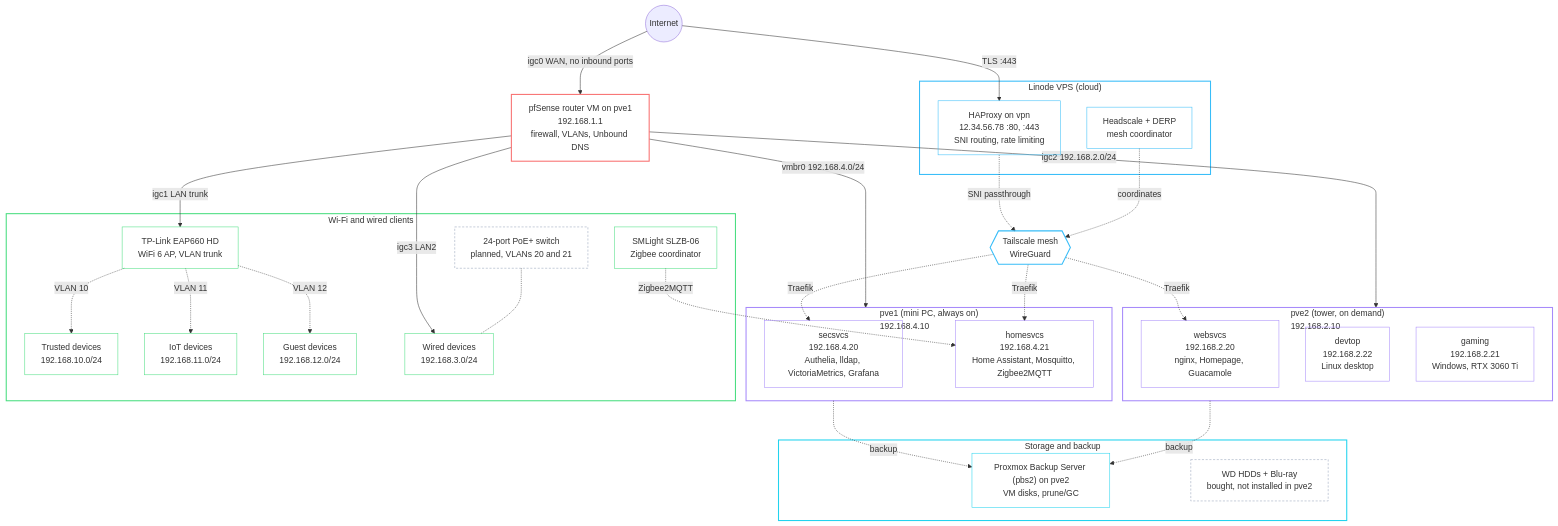
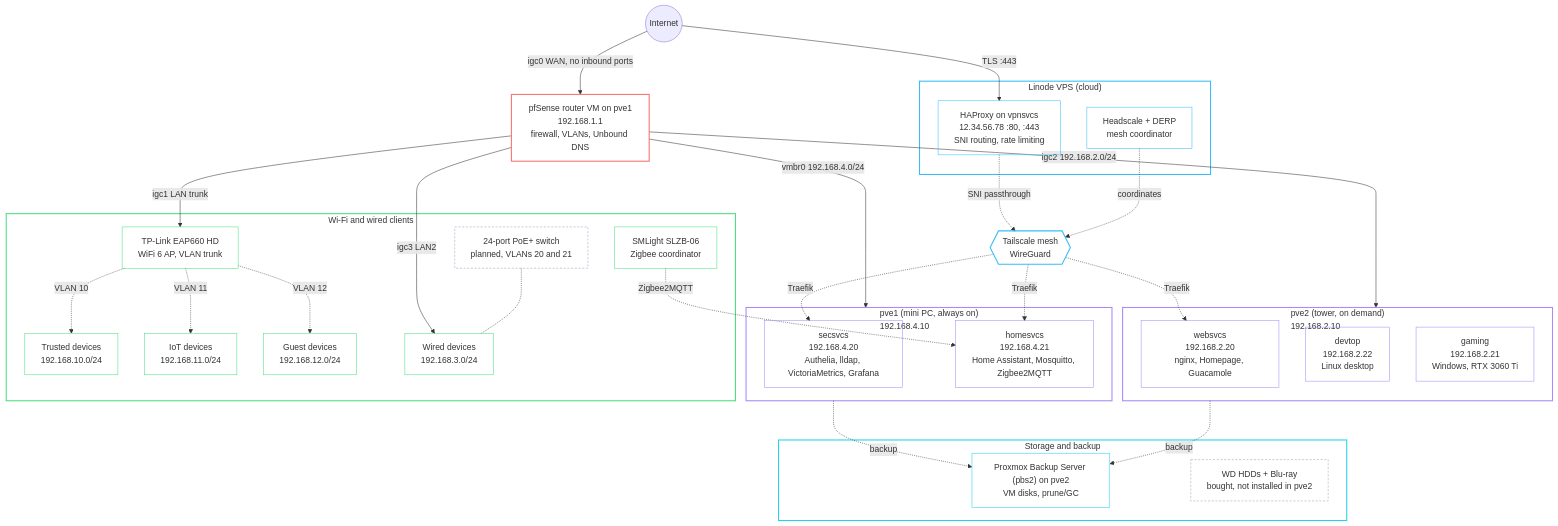
Before and after one commit to babraham123/homelab: the diagram in docs/architecture.md, drawn with Mermaid. The commit also changed other lines of this file and 53 other files, not shown here.

First line of the commit message:
restructure/08: rename the vpn node to vpnsvcs

````diff
--- a/docs/architecture.md
+++ b/docs/architecture.md
@@ -20,75 +20,75 @@
 ```mermaid
 flowchart TB
     inet(("Internet"))
 
     subgraph cloud["Linode VPS (cloud)"]
-        haproxy["HAProxy on vpn<br/>12.34.56.78 :80, :443<br/>SNI routing, rate limiting"]
+        haproxy["HAProxy on vpnsvcs<br/>12.34.56.78 :80, :443<br/>SNI routing, rate limiting"]
         headscale["Headscale + DERP<br/>mesh coordinator"]
     end
 
     fw["pfSense router VM on pve1<br/>192.168.1.1<br/>firewall, VLANs, Unbound DNS"]
     mesh{{"Tailscale mesh<br/>WireGuard"}}
 
     subgraph pve1["pve1 (mini PC, always on)<br/>192.168.4.10"]
         secsvcs["secsvcs<br/>192.168.4.20<br/>Authelia, lldap, VictoriaMetrics, Grafana"]
         homesvcs["homesvcs<br/>192.168.4.21<br/>Home Assistant, Mosquitto, Zigbee2MQTT"]
     end
 
     subgraph pve2["pve2 (tower, on demand)<br/>192.168.2.10"]
         websvcs["websvcs<br/>192.168.2.20<br/>nginx, Homepage, Guacamole"]
         devtop["devtop<br/>192.168.2.22<br/>Linux desktop"]
         gaming["gaming<br/>192.168.2.21<br/>Windows, RTX 3060 Ti"]
     end
 
     subgraph clients["Wi-Fi and wired clients"]
         ap["TP-Link EAP660 HD<br/>WiFi 6 AP, VLAN trunk"]
         trusted["Trusted devices<br/>192.168.10.0/24"]
         iot["IoT devices<br/>192.168.11.0/24"]
         guest["Guest devices<br/>192.168.12.0/24"]
         zigbee["SMLight SLZB-06<br/>Zigbee coordinator"]
         wdev["Wired devices<br/>192.168.3.0/24"]
         sw["24-port PoE+ switch<br/>planned, VLANs 20 and 21"]
     end
 
     subgraph store["Storage and backup"]
         pbs2["Proxmox Backup Server (pbs2) on pve2<br/>VM disks, prune/GC"]
         hdds["WD HDDs + Blu-ray<br/>bought, not installed in pve2"]
     end
 
     inet -- "TLS :443" --> haproxy
     inet -- "igc0 WAN, no inbound ports" --> fw
     haproxy -. "SNI passthrough" .-> mesh
     headscale -. "coordinates" .-> mesh
     mesh -. "Traefik" .-> secsvcs
     mesh -. "Traefik" .-> homesvcs
     mesh -. "Traefik" .-> websvcs
     fw -- "vmbr0 192.168.4.0/24" --> pve1
     fw -- "igc2 192.168.2.0/24" --> pve2
     fw -- "igc1 LAN trunk" --> ap
     fw -- "igc3 LAN2" --> wdev
     ap -. "VLAN 10" .-> trusted
     ap -. "VLAN 11" .-> iot
     ap -. "VLAN 12" .-> guest
     zigbee -. "Zigbee2MQTT" .-> homesvcs
     sw -.- wdev
     pve1 -. "backup" .-> pbs2
     pve2 -. "backup" .-> pbs2
 
     style cloud stroke:#38bdf8,stroke-width:2px,fill:transparent
     style pve1 stroke:#a78bfa,stroke-width:2px,fill:transparent
     style pve2 stroke:#a78bfa,stroke-width:2px,fill:transparent
     style clients stroke:#4ade80,stroke-width:2px,fill:transparent
     style store stroke:#22d3ee,stroke-width:2px,fill:transparent
     style fw stroke:#f87171,stroke-width:2px,fill:transparent
     style mesh stroke:#38bdf8,stroke-width:2px,fill:transparent
     classDef ext stroke:#38bdf8,fill:transparent
     classDef host stroke:#a78bfa,fill:transparent
     classDef data stroke:#22d3ee,fill:transparent
     classDef dev stroke:#4ade80,fill:transparent
     classDef planned stroke:#94a3b8,stroke-dasharray:4 3,fill:transparent
     class haproxy,headscale ext
     class secsvcs,homesvcs,websvcs,devtop,gaming host
     class pbs2 data
     class ap,trusted,iot,guest,zigbee,wdev dev
     class hdds,sw planned
 ```
````
